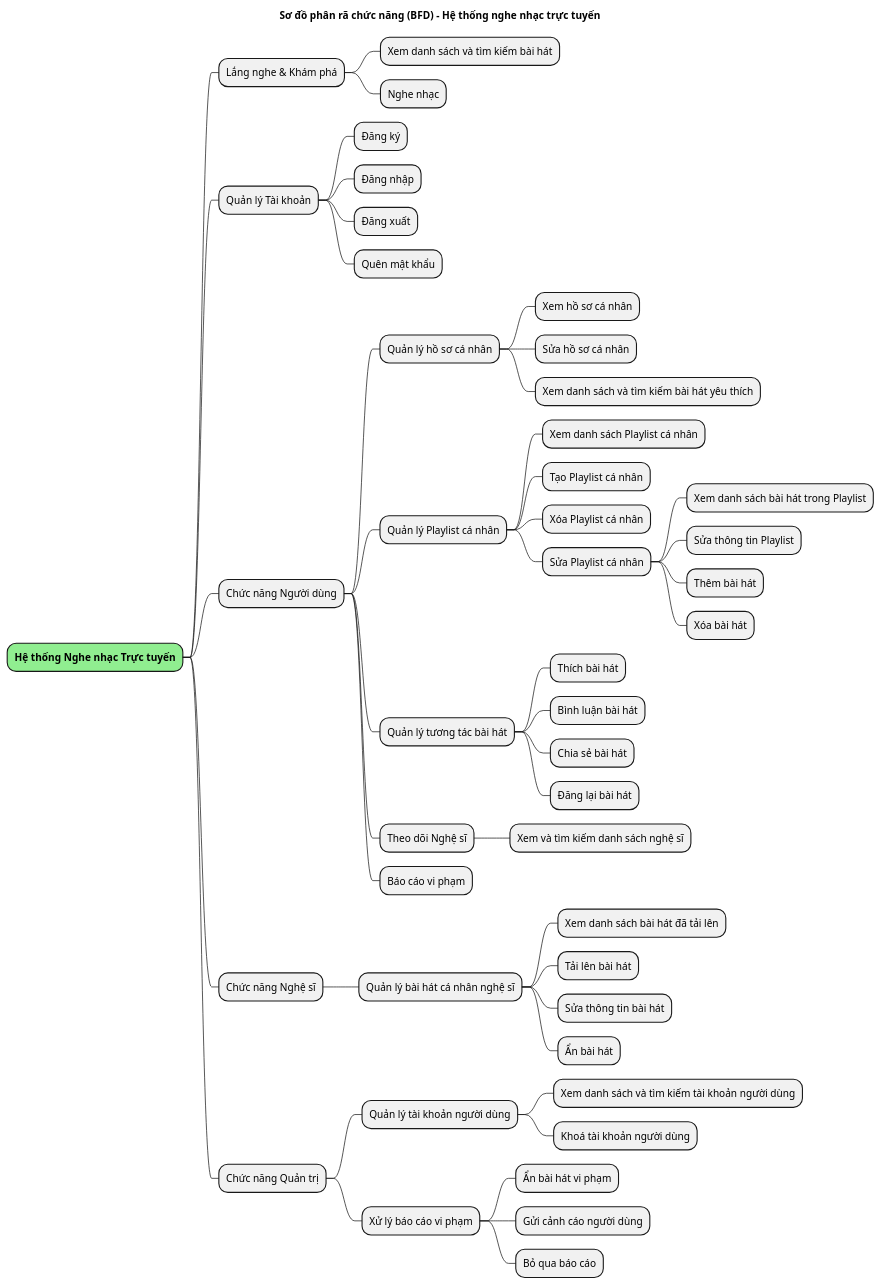
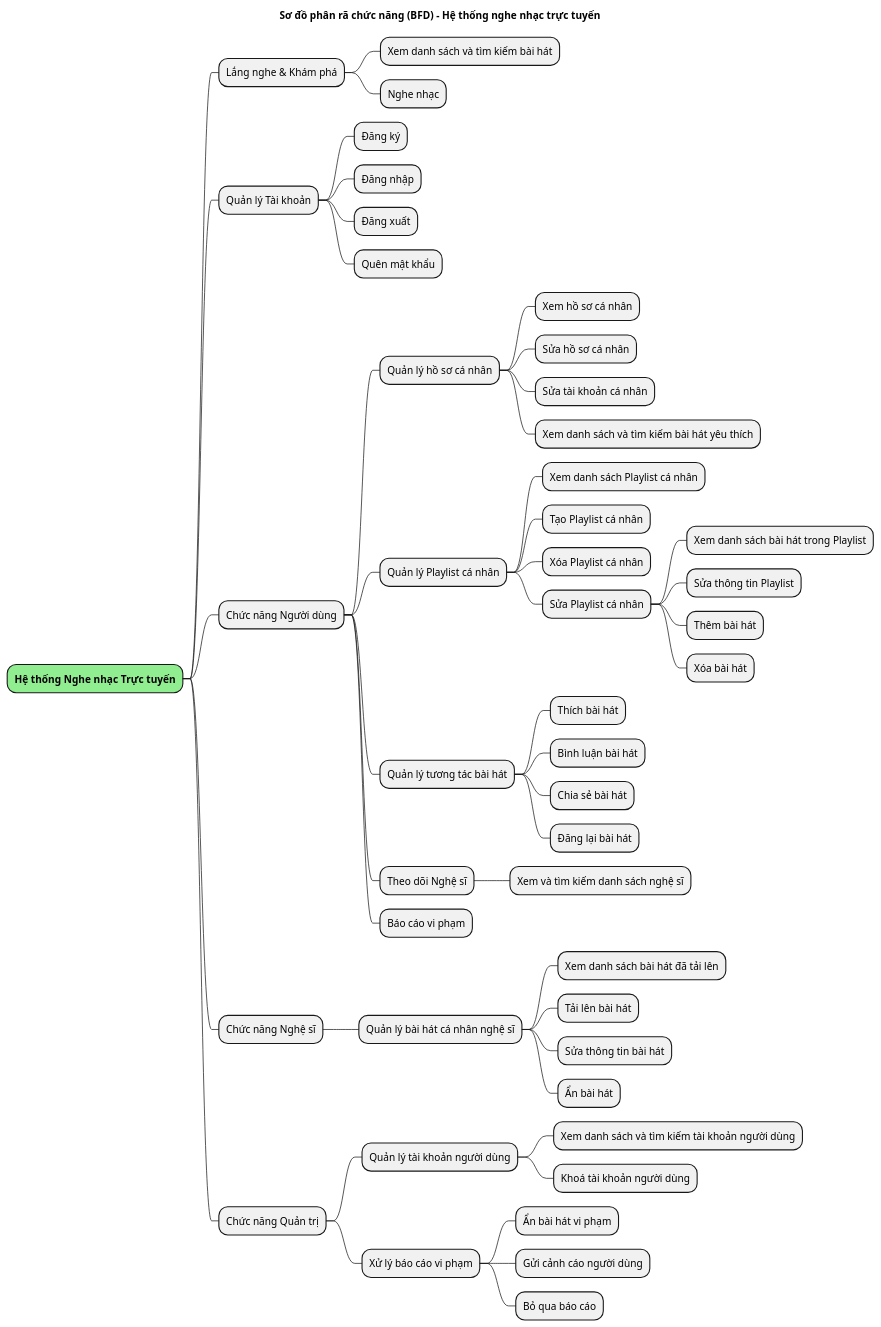
The diagram in Diagrams/BFD.plantuml (vinh047/soundwave), drawn with PlantUML before and after one commit. The commit also changed 5 other files, not shown here.

Commit message:
Thêm chức năng cho người dùng sửa email, mật khẩu cho tài khoản

```diff
--- a/Diagrams/BFD.plantuml
+++ b/Diagrams/BFD.plantuml
@@ -1,50 +1,51 @@
 @startmindmap BFD
 title Sơ đồ phân rã chức năng (BFD) - Hệ thống nghe nhạc trực tuyến
 
 *[#lightgreen] **Hệ thống Nghe nhạc Trực tuyến**
 ** Lắng nghe & Khám phá
 *** Xem danh sách và tìm kiếm bài hát
 *** Nghe nhạc
 ** Quản lý Tài khoản
 *** Đăng ký
 *** Đăng nhập
 *** Đăng xuất
 *** Quên mật khẩu
 ** Chức năng Người dùng
 *** Quản lý hồ sơ cá nhân
 **** Xem hồ sơ cá nhân
 **** Sửa hồ sơ cá nhân
+**** Sửa tài khoản cá nhân
 **** Xem danh sách và tìm kiếm bài hát yêu thích
 *** Quản lý Playlist cá nhân
 **** Xem danh sách Playlist cá nhân
 **** Tạo Playlist cá nhân
 **** Xóa Playlist cá nhân
 **** Sửa Playlist cá nhân
 ***** Xem danh sách bài hát trong Playlist
 ***** Sửa thông tin Playlist
 ***** Thêm bài hát
 ***** Xóa bài hát
 *** Quản lý tương tác bài hát
 **** Thích bài hát
 **** Bình luận bài hát
 **** Chia sẻ bài hát
 **** Đăng lại bài hát
 *** Theo dõi Nghệ sĩ
 **** Xem và tìm kiếm danh sách nghệ sĩ
 *** Báo cáo vi phạm
 ** Chức năng Nghệ sĩ
 *** Quản lý bài hát cá nhân nghệ sĩ
 **** Xem danh sách bài hát đã tải lên
 **** Tải lên bài hát
 **** Sửa thông tin bài hát
 **** Ẩn bài hát
 ** Chức năng Quản trị
 *** Quản lý tài khoản người dùng
 **** Xem danh sách và tìm kiếm tài khoản người dùng
 **** Khoá tài khoản người dùng
 *** Xử lý báo cáo vi phạm
 **** Ẩn bài hát vi phạm
 **** Gửi cảnh cáo người dùng
 **** Bỏ qua báo cáo
 
 @endmindmap
```
